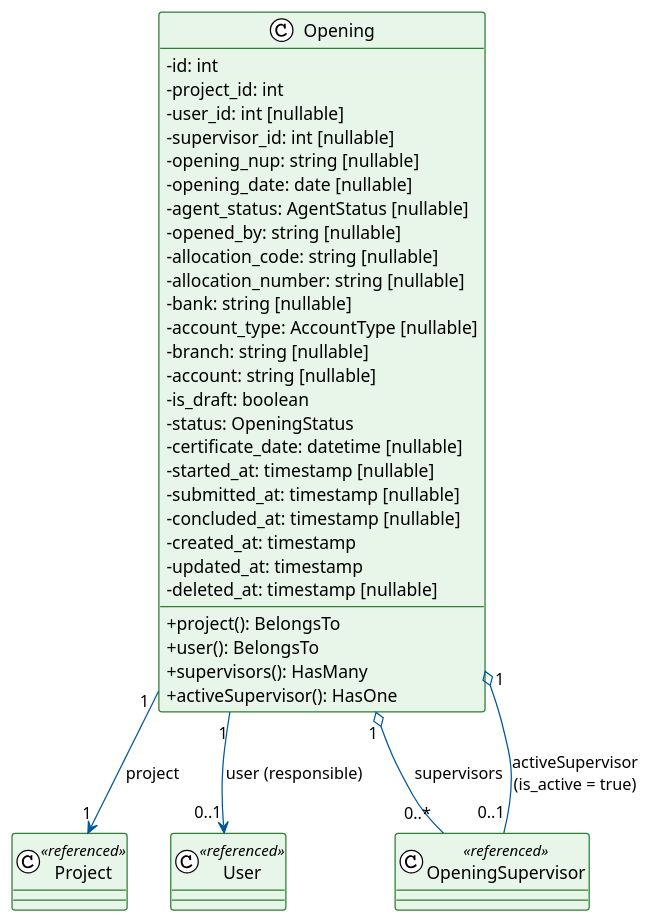
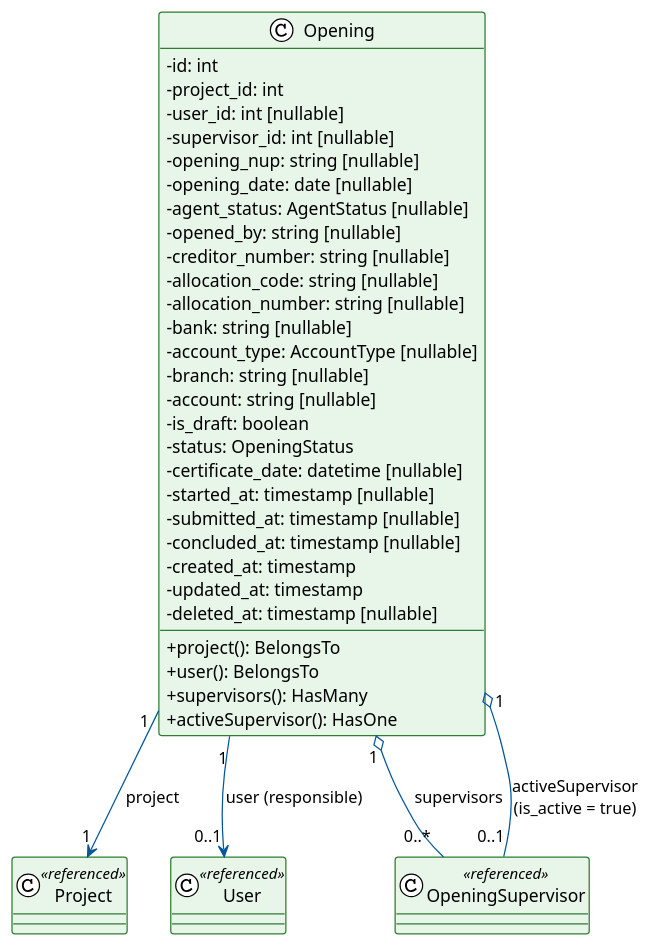
The diagram in docs/Diagramas/Classe/Opening.puml (secultce/efomento), drawn with PlantUML before and after one commit. The commit also changed 11 other files, not shown here.

```diff
--- a/docs/Diagramas/Classe/Opening.puml
+++ b/docs/Diagramas/Classe/Opening.puml
@@ -1,55 +1,56 @@
 @startuml Opening
 !theme plain
 skinparam classAttributeIconSize 0
 skinparam class {
     BackgroundColor #E8F5E9
     BorderColor #2E7D32
     ArrowColor #01579B
 }
 
 class Opening {
     -id: int
     -project_id: int
     -user_id: int [nullable]
     -supervisor_id: int [nullable]
     -opening_nup: string [nullable]
     -opening_date: date [nullable]
     -agent_status: AgentStatus [nullable]
     -opened_by: string [nullable]
+    -creditor_number: string [nullable]
     -allocation_code: string [nullable]
     -allocation_number: string [nullable]
     -bank: string [nullable]
     -account_type: AccountType [nullable]
     -branch: string [nullable]
     -account: string [nullable]
     -is_draft: boolean
     -status: OpeningStatus
     -certificate_date: datetime [nullable]
     -started_at: timestamp [nullable]
     -submitted_at: timestamp [nullable]
     -concluded_at: timestamp [nullable]
     -created_at: timestamp
     -updated_at: timestamp
     -deleted_at: timestamp [nullable]
     --
     +project(): BelongsTo
     +user(): BelongsTo
     +supervisors(): HasMany
     +activeSupervisor(): HasOne
 }
 
 class Project <<referenced>> {
 }
 
 class User <<referenced>> {
 }
 
 class OpeningSupervisor <<referenced>> {
 }
 
 Opening "1" --> "1" Project : project
 Opening "1" --> "0..1" User : user (responsible)
 Opening "1" o-- "0..*" OpeningSupervisor : supervisors
 Opening "1" o-- "0..1" OpeningSupervisor : activeSupervisor\n(is_active = true)
 
 @enduml
```
